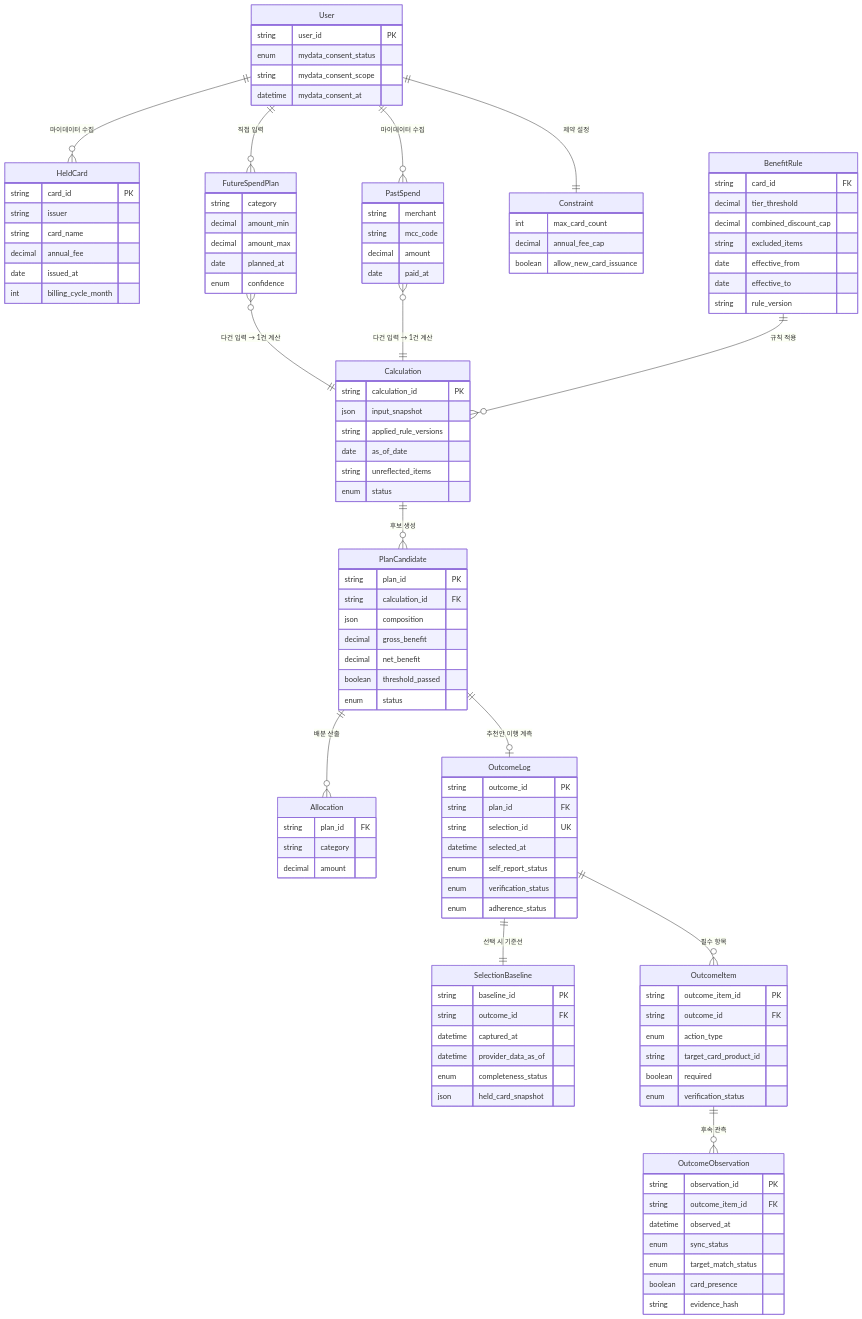
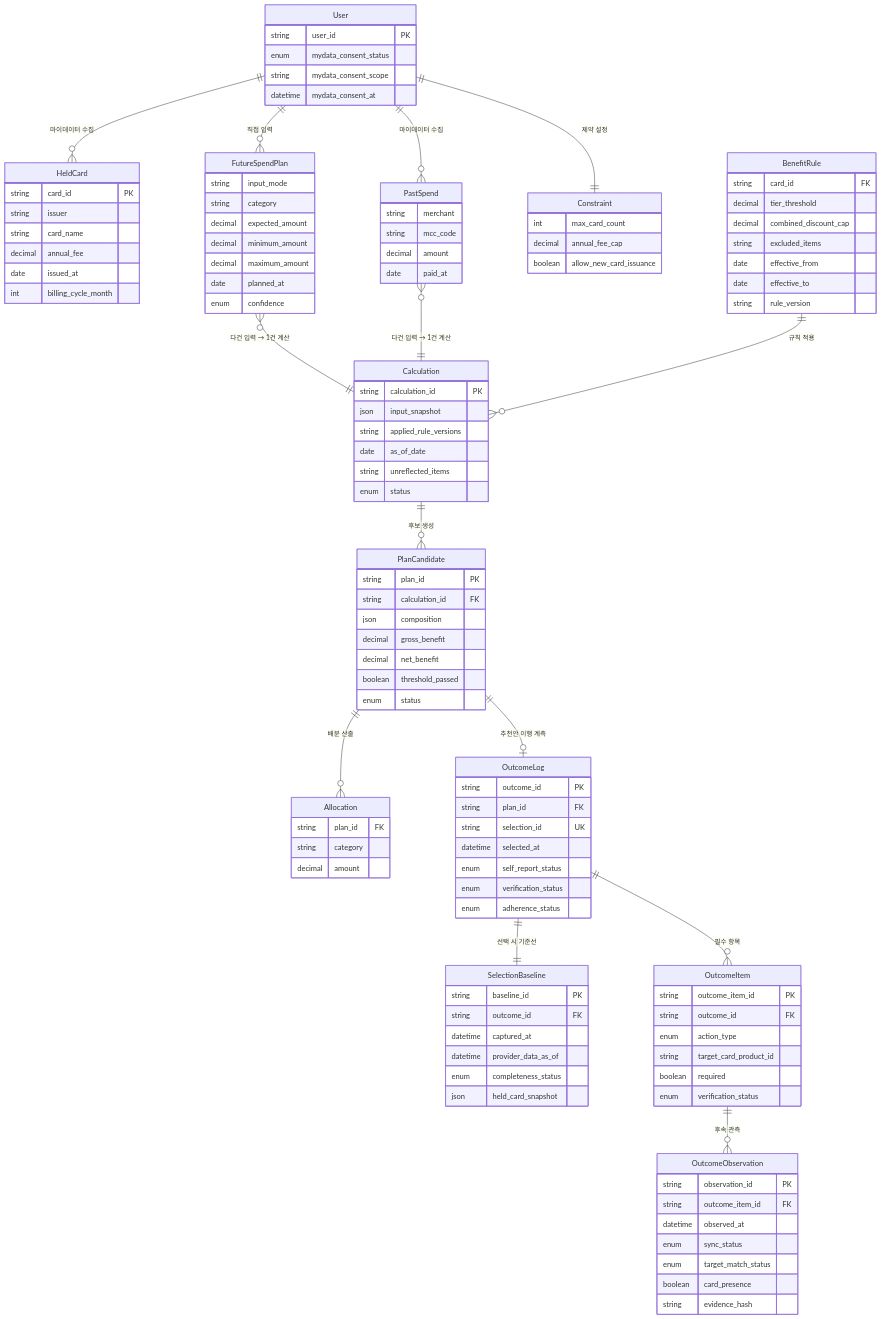
One commit to jennie-brain/CardFit-prd-to-srs changed diagram 12 of 14 in SRS-Drafts/SRS_CardFit_v1.6_GPT-5.6-SOL.md. Above: the diagram before and after it, drawn with Mermaid. The commit also changed other lines of this file and 25 other files, not shown here.

```diff
--- a/SRS-Drafts/SRS_CardFit_v1.6_GPT-5.6-SOL.md
+++ b/SRS-Drafts/SRS_CardFit_v1.6_GPT-5.6-SOL.md
@@ -796,9 +796,11 @@
         date paid_at
     }
     FutureSpendPlan {
+        string input_mode
         string category
-        decimal amount_min
-        decimal amount_max
+        decimal expected_amount
+        decimal minimum_amount
+        decimal maximum_amount
         date planned_at
         enum confidence
     }
```
